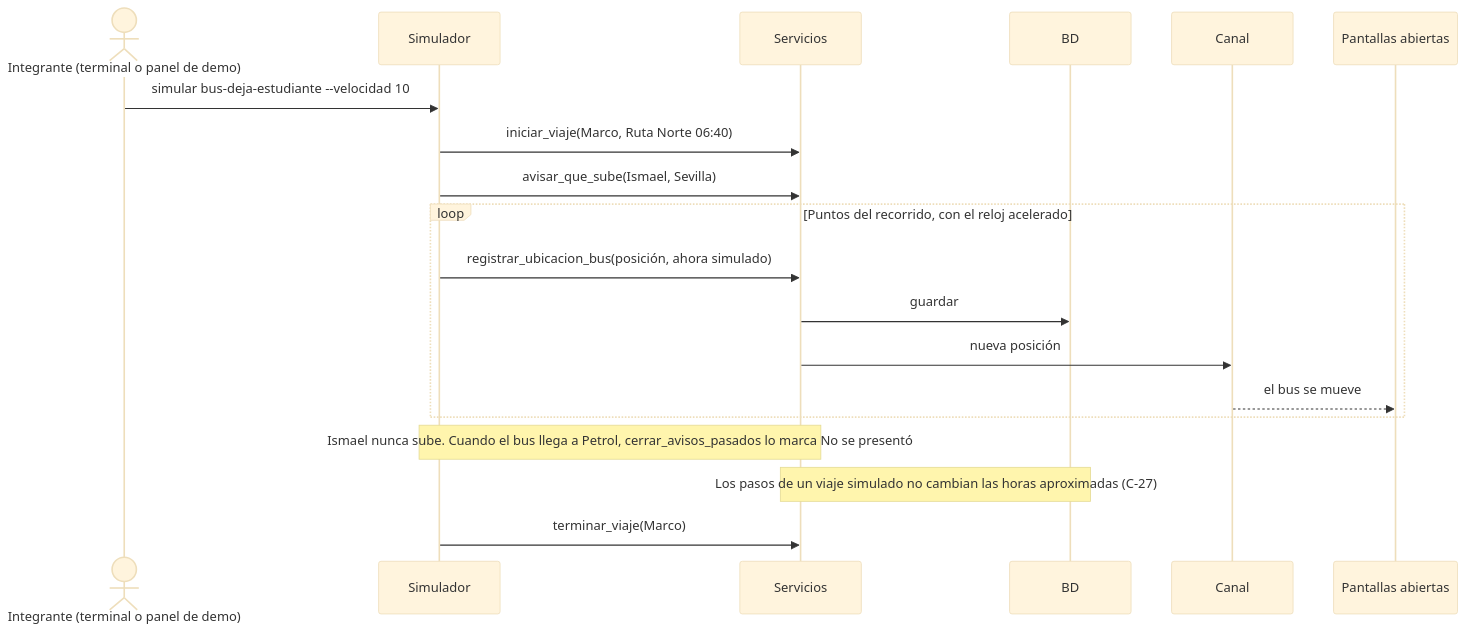
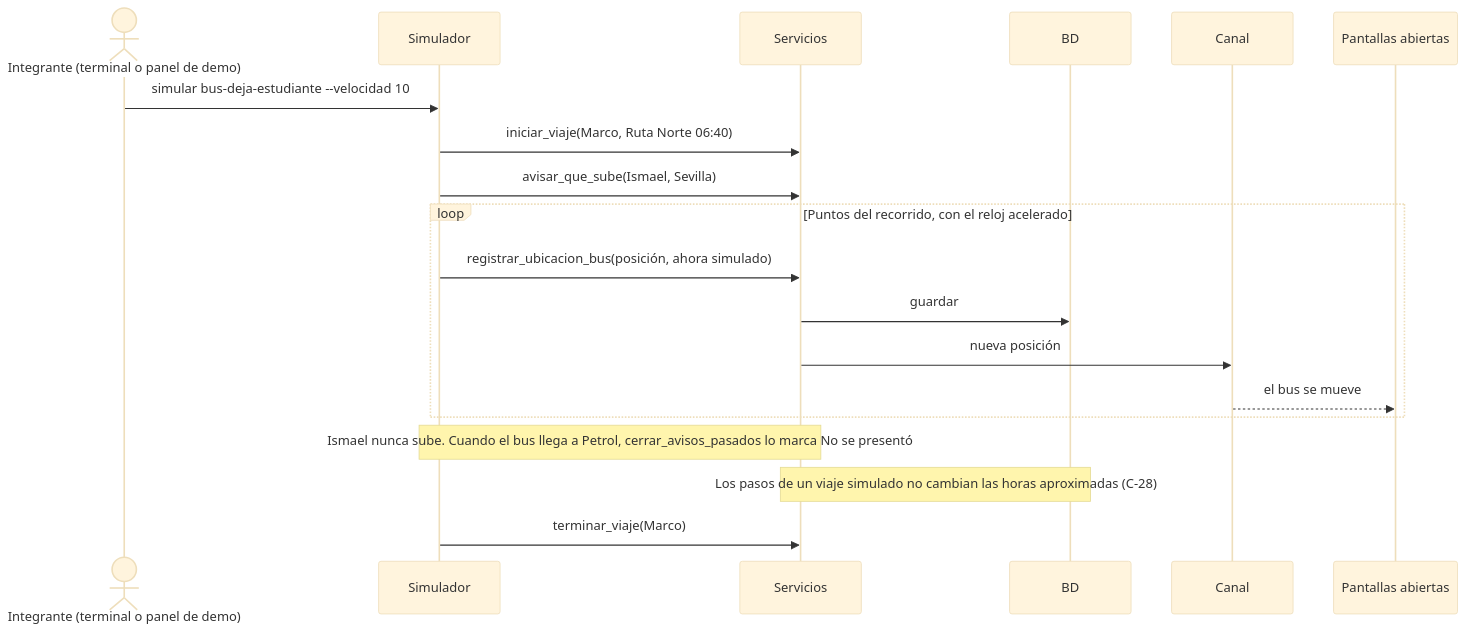
Before and after one commit to hugozuniga770/UPBus: diagram 19 of 19 in docs/diagramas-secuencia.md, drawn with Mermaid (base theme). The commit also changed other lines of this file and 7 other files, not shown here.

````diff
--- a/docs/diagramas-secuencia.md
+++ b/docs/diagramas-secuencia.md
@@ -558,21 +558,21 @@
 ```mermaid
 sequenceDiagram
     actor D as Integrante (terminal o panel de demo)
     participant Sim as Simulador
     participant S as Servicios
     participant B as BD
     participant W as Canal
     participant FE as Pantallas abiertas
     D->>Sim: simular bus-deja-estudiante --velocidad 10
     Sim->>S: iniciar_viaje(Marco, Ruta Norte 06:40)
     Sim->>S: avisar_que_sube(Ismael, Sevilla)
     loop Puntos del recorrido, con el reloj acelerado
         Sim->>S: registrar_ubicacion_bus(posición, ahora simulado)
         S->>B: guardar
         S->>W: nueva posición
         W-->>FE: el bus se mueve
     end
     Note over Sim,S: Ismael nunca sube. Cuando el bus llega a Petrol, cerrar_avisos_pasados lo marca No se presentó
-    Note over S,B: Los pasos de un viaje simulado no cambian las horas aproximadas (C-27)
+    Note over S,B: Los pasos de un viaje simulado no cambian las horas aproximadas (C-28)
     Sim->>S: terminar_viaje(Marco)
 ```
````
